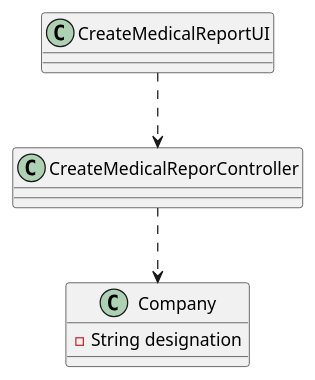
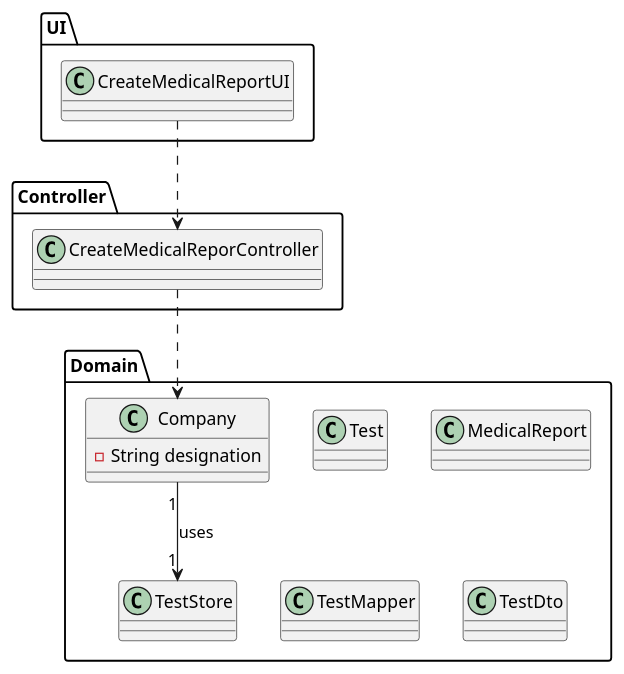
Before and after one commit to manu-07-ela/LAPR2_ISEP: the diagram in docs/SprintC/US14/US14_CD.puml, drawn with PlantUML.

Commit message:
Beginning of the US14 CD

```diff
--- a/docs/SprintC/US14/US14_CD.puml
+++ b/docs/SprintC/US14/US14_CD.puml
@@ -1,19 +1,45 @@
 @startuml
 
+package UI{
+class CreateMedicalReportUI{
+
+}
+}
+
+package Controller{
+class CreateMedicalReporController{
+
+}
+}
+
+package Domain{
 class Company{
 -String designation
 
 }
 
-class CreateMedicalReportUI{
+class TestStore{
 
 }
 
-class CreateMedicalReporController{
+class Test{
+
+}
+
+class MedicalReport{
+
+}
+
+class TestMapper{
+
+}
+
+class TestDto{
 
 }
 
 CreateMedicalReportUI ..> CreateMedicalReporController
 CreateMedicalReporController ..> Company
+Company"1"--> "1" TestStore : uses
 
 @enduml
```
